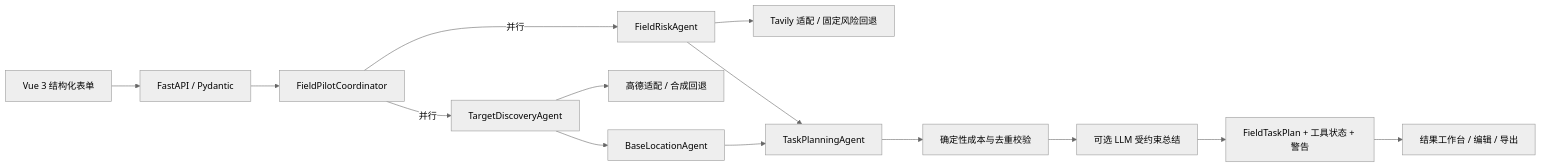
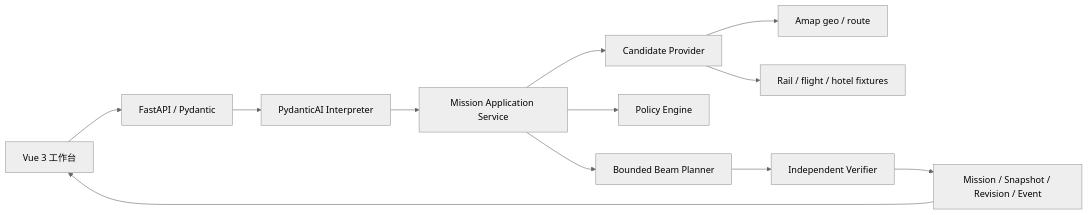
Before and after one commit to KXHXK/fieldpilot: the diagram in docs/architecture.md, drawn with Mermaid (neutral theme). The commit also changed other lines of this file and 31 other files, not shown here.

Commit message:
feat: deliver event-driven FieldPilot workbench

````diff
--- a/docs/architecture.md
+++ b/docs/architecture.md
@@ -18,16 +9,14 @@
 ```mermaid
 flowchart LR
-    U["Vue 3 结构化表单"] --> API["FastAPI / Pydantic"]
-    API --> C["FieldPilotCoordinator"]
-    C -->|并行| T["TargetDiscoveryAgent"]
-    C -->|并行| R["FieldRiskAgent"]
-    T --> AM["高德适配 / 合成回退"]
-    R --> TV["Tavily 适配 / 固定风险回退"]
-    T --> B["BaseLocationAgent"]
-    R --> P["TaskPlanningAgent"]
-    B --> P
-    P --> D["确定性成本与去重校验"]
-    D --> L["可选 LLM 受约束总结"]
-    L --> O["FieldTaskPlan + 工具状态 + 警告"]
-    O --> W["结果工作台 / 编辑 / 导出"]
+    UI["Vue 3 工作台"] --> API["FastAPI / Pydantic"]
+    API --> AG["PydanticAI Interpreter"]
+    AG --> MS["Mission Application Service"]
+    MS --> CP["Candidate Provider"]
+    CP --> AM["Amap geo / route"]
+    CP --> FX["Rail / flight / hotel fixtures"]
+    MS --> PE["Policy Engine"]
+    MS --> PL["Bounded Beam Planner"]
+    PL --> VE["Independent Verifier"]
+    VE --> DB["Mission / Snapshot / Revision / Event"]
+    DB --> UI
 ```
````
